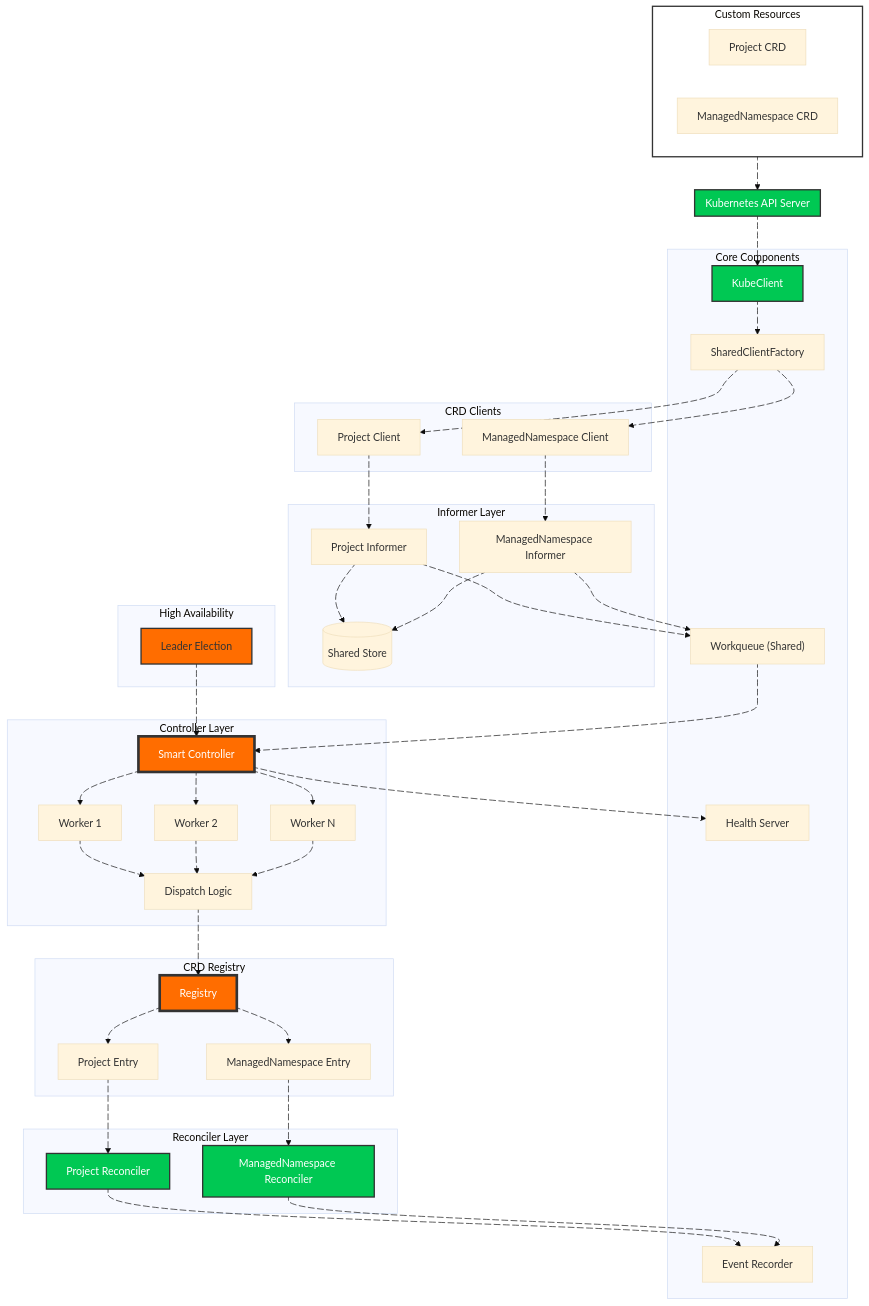
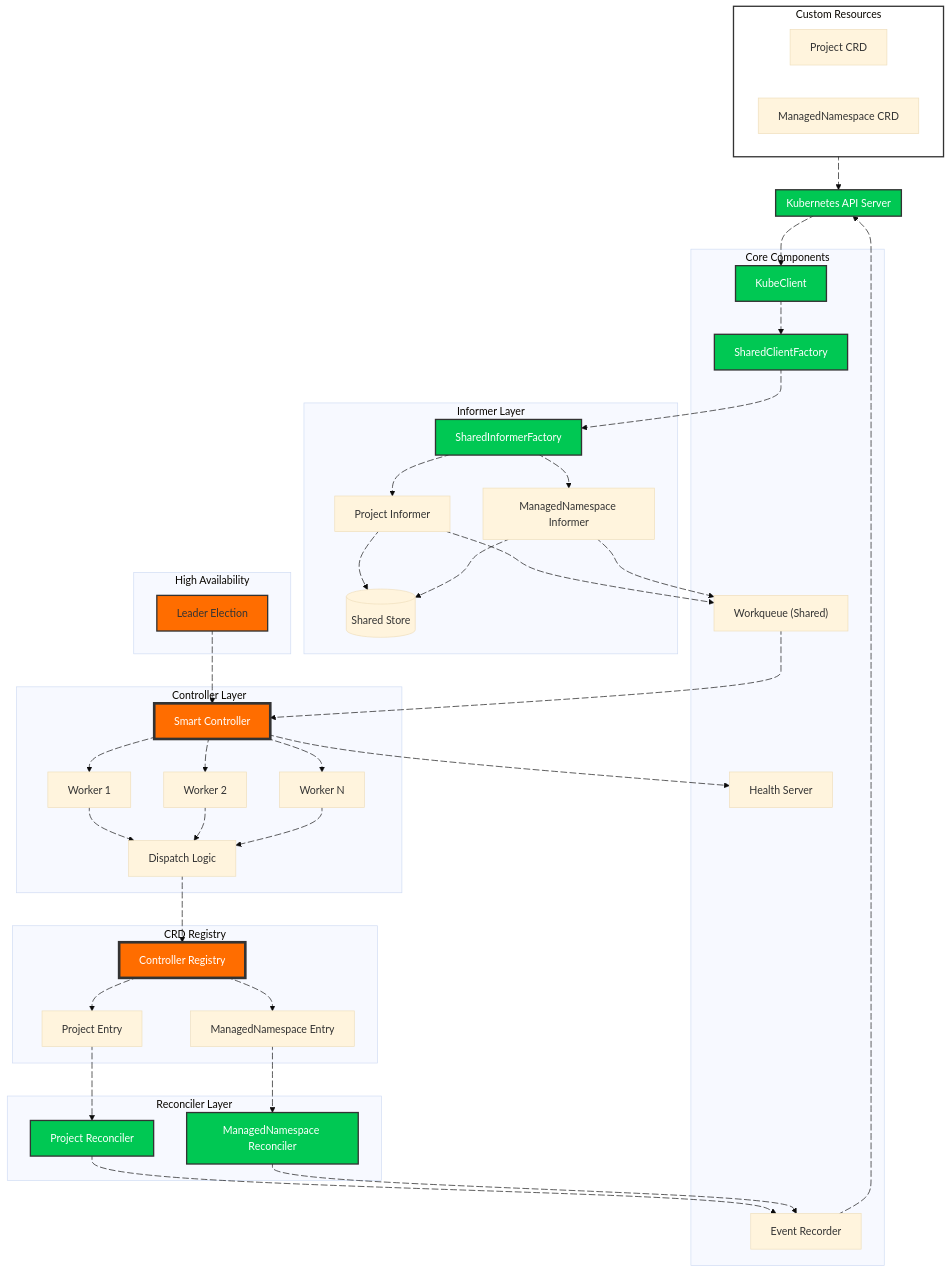
Before and after one commit to iAlexeze/kubernetes-crd-example: the diagram in README.md, drawn with Mermaid (base theme). The commit also changed other lines of this file and 23 other files, not shown here.

First line of the commit message:
feat(registry): implement three-registry architecture for zero-boilerplate CRD management

````diff
--- a/README.md
+++ b/README.md
@@ -34,17 +34,14 @@
         HS["Health Server"]
         WQ["Workqueue (Shared)"]
   end
- subgraph Clients["CRD Clients"]
-        PC["Project Client"]
-        MC["ManagedNamespace Client"]
-  end
  subgraph Informers["Informer Layer"]
+        SIF["SharedInformerFactory"]
         PI["Project Informer"]
         MI["ManagedNamespace Informer"]
         STORE[("Shared Store")]
   end
  subgraph Registry["CRD Registry"]
-        REG["Registry"]
+        REG["Controller Registry"]
         R1["Project Entry"]
         R2["ManagedNamespace Entry"]
   end
@@ -62,31 +59,33 @@
         PR["Project Reconciler"]
         MR["ManagedNamespace Reconciler"]
   end
-    CRDs L_CRDs_API_0@--> API
-    API L_API_KC_0@--> KC
-    KC L_KC_PC_0@--> FC
-    FC L_FC_PC_0@--> PC & MC
-    PC L_PC_PI_0@--> PI
-    MC L_MC_MI_0@--> MI
-    PI L_PI_STORE_0@--> STORE & WQ
-    MI L_MI_STORE_0@--> STORE & WQ
-    WQ L_WQ_C_0@--> C
-    C L_C_W1_0@--> W1 & W2 & W3 & HS
-    W1 L_W1_DISPATCH_0@--> DISPATCH
-    W2 L_W2_DISPATCH_0@--> DISPATCH
-    W3 L_W3_DISPATCH_0@--> DISPATCH
-    DISPATCH L_DISPATCH_REG_0@--> REG
-    REG L_REG_R1_0@--> R1 & R2
-    R1 L_R1_PR_0@--> PR
-    R2 L_R2_MR_0@--> MR
-    PR L_PR_EV_0@--> EV
-    MR L_MR_EV_0@--> EV
-    LE L_LE_C_0@--> C
+    CRDs --> API
+    API --> KC
+    KC --> FC
+    FC --> SIF
+    SIF --> PI & MI
+    PI --> STORE & WQ
+    MI --> STORE & WQ
+    WQ --> C
+    C --> W1 & W2 & W3 & HS
+    W1 --> DISPATCH
+    W2 --> DISPATCH
+    W3 --> DISPATCH
+    DISPATCH --> REG
+    REG --> R1 & R2
+    R1 --> PR
+    R2 --> MR
+    PR --> EV
+    MR --> EV
+    LE --> C
+    EV --> API
 
     style KC fill:#00C853,stroke:#333,stroke-width:2px,color:#FFFFFF
+    style FC fill:#00C853,stroke:#333,stroke-width:2px,color:#FFFFFF
+    style SIF fill:#00C853,stroke:#333,stroke-width:2px,color:#FFFFFF
     style REG fill:#FF6D00,stroke:#333,stroke-width:4px,color:#FFFFFF
     style C fill:#FF6D00,stroke:#333,stroke-width:4px,color:#FFFFFF
-    style LE fill:#FF6D00,stroke:#333,stroke-width:2px,color:none
+    style LE fill:#FF6D00,stroke:#333,stroke-width:2px
     style PR fill:#00C853,stroke:#333,stroke-width:2px,color:#FFFFFF
     style MR fill:#00C853,stroke:#333,stroke-width:2px,color:#FFFFFF
     style CRDs fill:transparent,stroke:#333,stroke-width:2px
@@ -94,11 +93,10 @@
 
     L_CRDs_API_0@{ animation: fast } 
     L_API_KC_0@{ animation: fast } 
-    L_KC_PC_0@{ animation: fast } 
-    L_FC_PC_0@{ animation: fast } 
-    L_FC_MC_0@{ animation: fast } 
-    L_PC_PI_0@{ animation: fast } 
-    L_MC_MI_0@{ animation: fast } 
+    L_KC_FC_0@{ animation: fast } 
+    L_FC_SIF_0@{ animation: fast } 
+    L_SIF_PI_0@{ animation: fast } 
+    L_SIF_MI_0@{ animation: fast } 
     L_PI_STORE_0@{ animation: fast } 
     L_PI_WQ_0@{ animation: fast } 
     L_MI_STORE_0@{ animation: fast } 
@@ -118,5 +116,6 @@
     L_R2_MR_0@{ animation: fast } 
     L_PR_EV_0@{ animation: fast } 
     L_MR_EV_0@{ animation: fast } 
-    L_LE_C_0@{ animation: fast }
+    L_LE_C_0@{ animation: fast } 
+    L_EV_API_0@{ animation: fast }
 ```
````
